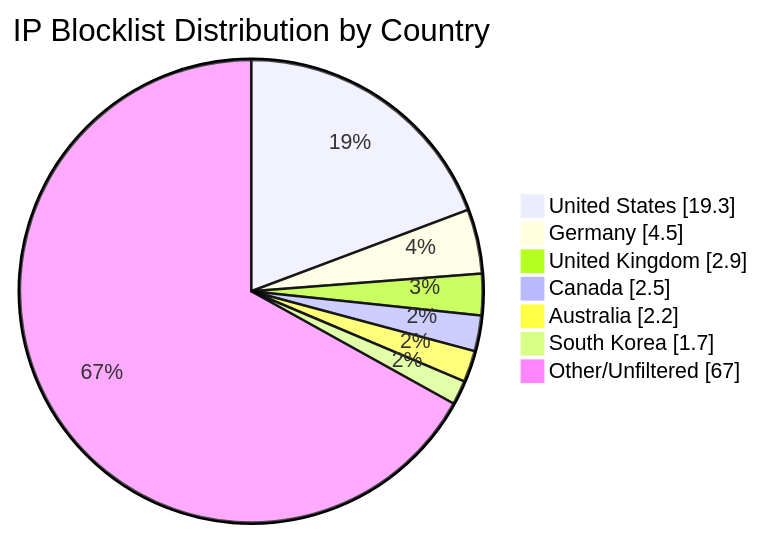
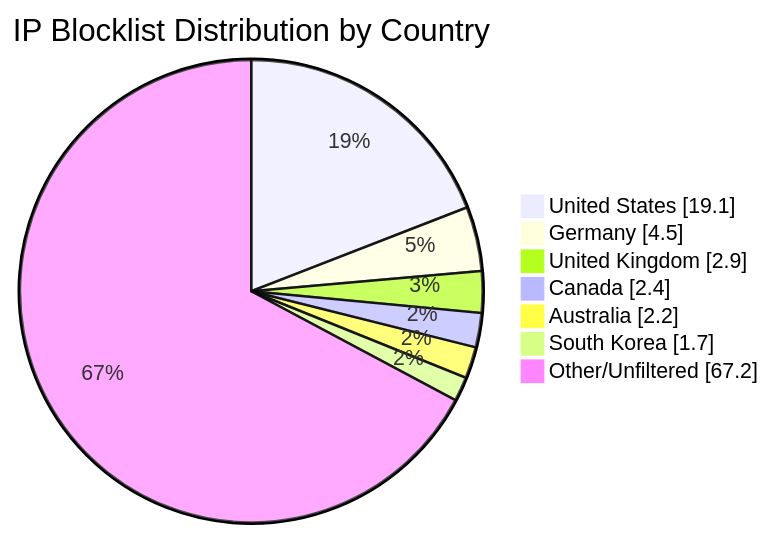
Before and after one commit to MarcusHoltz/ipblocklist-geofiltered-aggregator: the diagram in README.md, drawn with Mermaid. The commit also changed other lines of this file and 9 other files, not shown here.

````diff
--- a/README.md
+++ b/README.md
@@ -34,10 +34,10 @@
 ```mermaid
 pie showData title IP Blocklist Distribution by Country
-"United States" : 19.3
+"United States" : 19.1
 "Germany" : 4.5
 "United Kingdom" : 2.9
-"Canada" : 2.5
+"Canada" : 2.4
 "Australia" : 2.2
 "South Korea" : 1.7
-"Other/Unfiltered" : 67.0
+"Other/Unfiltered" : 67.2
 ```
````
